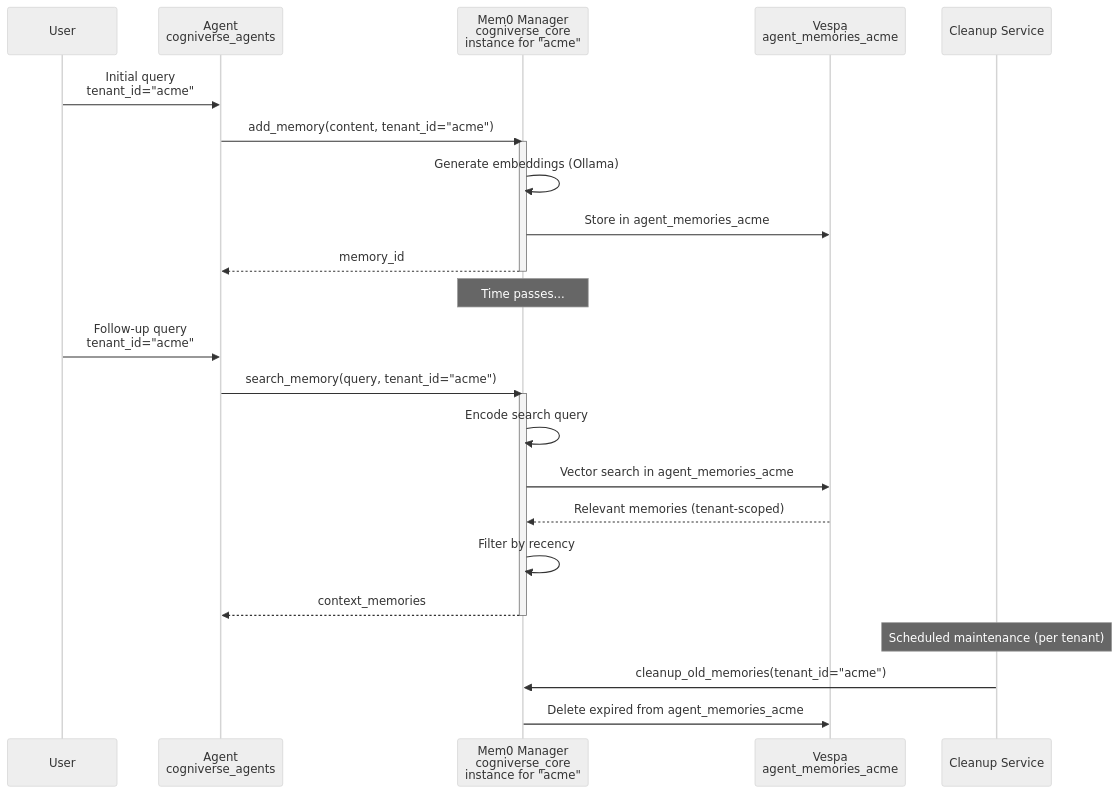
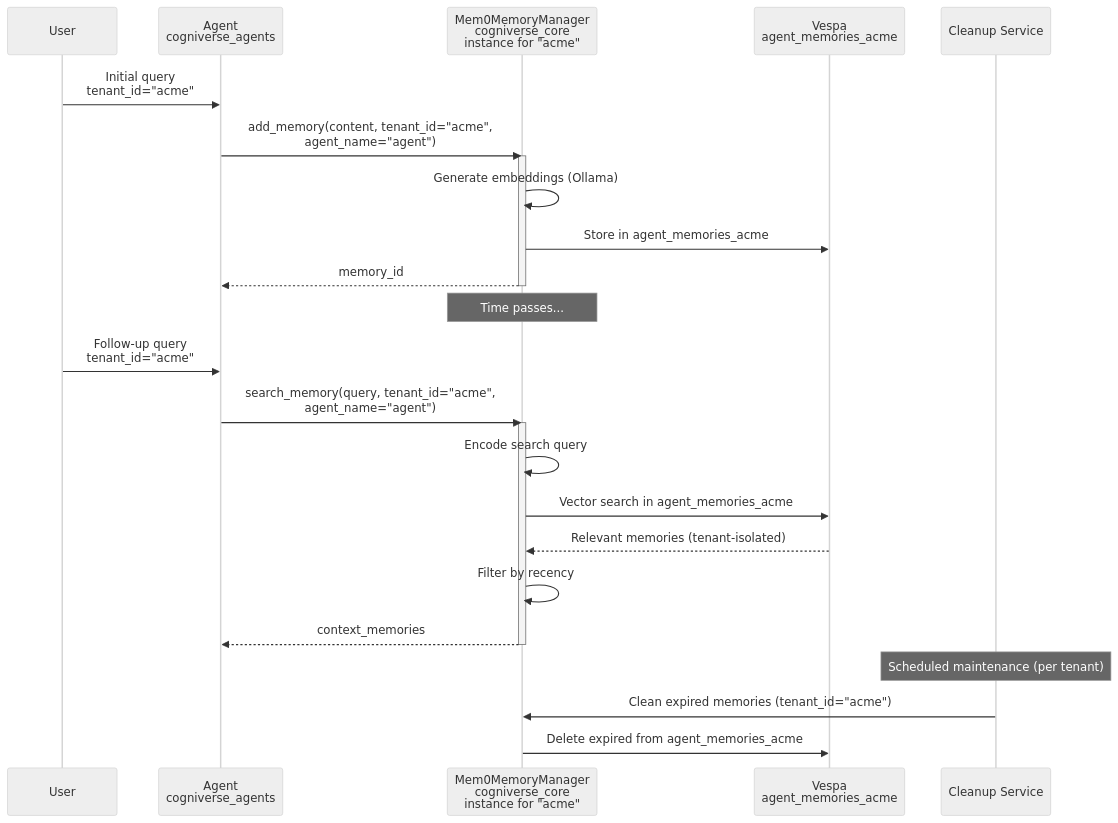
One commit to amit-jain/cogniverse changed diagram 18 of 24 in docs/architecture/system-flows.md. Above: the diagram before and after it, drawn with Mermaid (neutral theme). The commit also changed other lines of this file and 83 other files, not shown here.

First line of the commit message:
Fix documentation veracity, formatting, and diagrams across all modules

````diff
--- a/docs/architecture/system-flows.md
+++ b/docs/architecture/system-flows.md
@@ -810,35 +767,35 @@
 ```mermaid
 sequenceDiagram
     participant User
     participant Agent as Agent<br/>cogniverse_agents
-    participant Memory as Mem0 Manager<br/>cogniverse_core<br/>instance for "acme"
+    participant Memory as Mem0MemoryManager<br/>cogniverse_core<br/>instance for "acme"
     participant Vespa as Vespa<br/>agent_memories_acme
     participant Cleanup as Cleanup Service
 
     User->>Agent: Initial query<br/>tenant_id="acme"
-    Agent->>Memory: add_memory(content, tenant_id="acme")
+    Agent->>Memory: add_memory(content, tenant_id="acme",<br/>agent_name="agent")
 
     activate Memory
     Memory->>Memory: Generate embeddings (Ollama)
     Memory->>Vespa: Store in agent_memories_acme
     Memory-->>Agent: memory_id
     deactivate Memory
 
     Note over Memory: Time passes...
 
     User->>Agent: Follow-up query<br/>tenant_id="acme"
-    Agent->>Memory: search_memory(query, tenant_id="acme")
+    Agent->>Memory: search_memory(query, tenant_id="acme",<br/>agent_name="agent")
 
     activate Memory
     Memory->>Memory: Encode search query
     Memory->>Vespa: Vector search in agent_memories_acme
-    Vespa-->>Memory: Relevant memories (tenant-scoped)
+    Vespa-->>Memory: Relevant memories (tenant-isolated)
     Memory->>Memory: Filter by recency
     Memory-->>Agent: context_memories
     deactivate Memory
 
     Note over Cleanup: Scheduled maintenance (per tenant)
 
-    Cleanup->>Memory: cleanup_old_memories(tenant_id="acme")
+    Cleanup->>Memory: Clean expired memories (tenant_id="acme")
     Memory->>Vespa: Delete expired from agent_memories_acme
 ```
````
